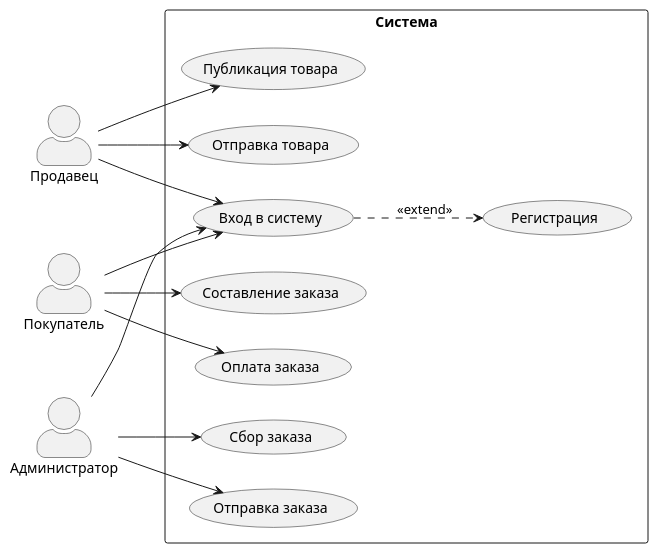
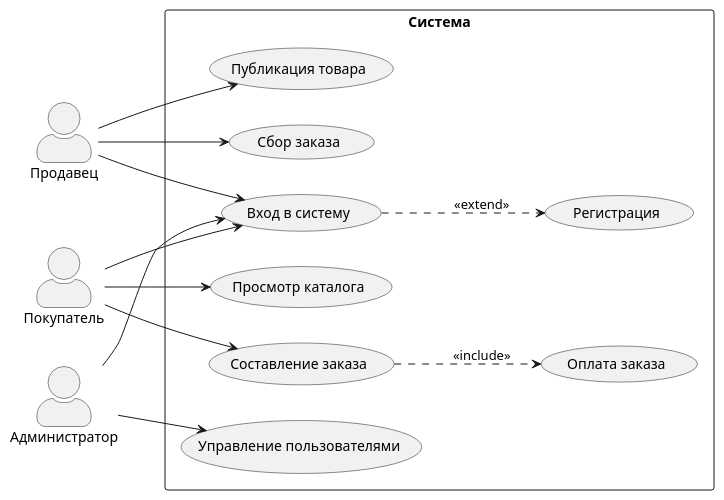
One commit to MarchVD/BISO-Marchenko_Vladimir changed the diagram in use_case.puml. Above: the diagram before and after it, drawn with PlantUML.

```diff
--- a/use_case.puml
+++ b/use_case.puml
@@ -1,30 +1,38 @@
 @startuml use_case
 left to right direction
 skinparam actorStyle awesome
 
 actor "Продавец" as Seller
 actor "Покупатель" as Buyer
 actor "Администратор" as Admin
+
 rectangle "Система" {
-    usecase "Вход в систему" as S1
-    usecase "Регистрация" as S2
-    usecase "Публикация товара" as P1
-    usecase "Отправка товара" as P2
-    usecase "Составление заказа" as O1
-    usecase "Оплата заказа" as O2
-    usecase "Сбор заказа" as O3
-    usecase "Отправка заказа" as O4
+    usecase "Регистрация" as Reg
+    usecase "Вход в систему" as Login
+    usecase "Публикация товара" as Publish
+    usecase "Просмотр каталога" as Browse
+    usecase "Составление заказа" as MakeOrder
+    usecase "Оплата заказа" as Pay
+    usecase "Сбор заказа" as Pack
+    usecase "Управление пользователями" as ManageUsers
 }
 
-Seller --> S1
-Buyer --> S1
-Admin --> S1
-S1 ..> S2 : <<extend>>
-Seller --> P1
-Seller --> P2
-Buyer --> O1
-Buyer --> O2
-Admin --> O3
-Admin --> O4
+' Связи покупателя
+Buyer --> Login
+Buyer --> Browse
+Buyer --> MakeOrder
+
+' Связи продавца
+Seller --> Login
+Seller --> Publish
+Seller --> Pack
+
+' Связи администратора
+Admin --> Login
+Admin --> ManageUsers
+
+' Отношения между use cases
+Login ..> Reg : <<extend>>
+MakeOrder ..> Pay : <<include>>
 
 @enduml
```
